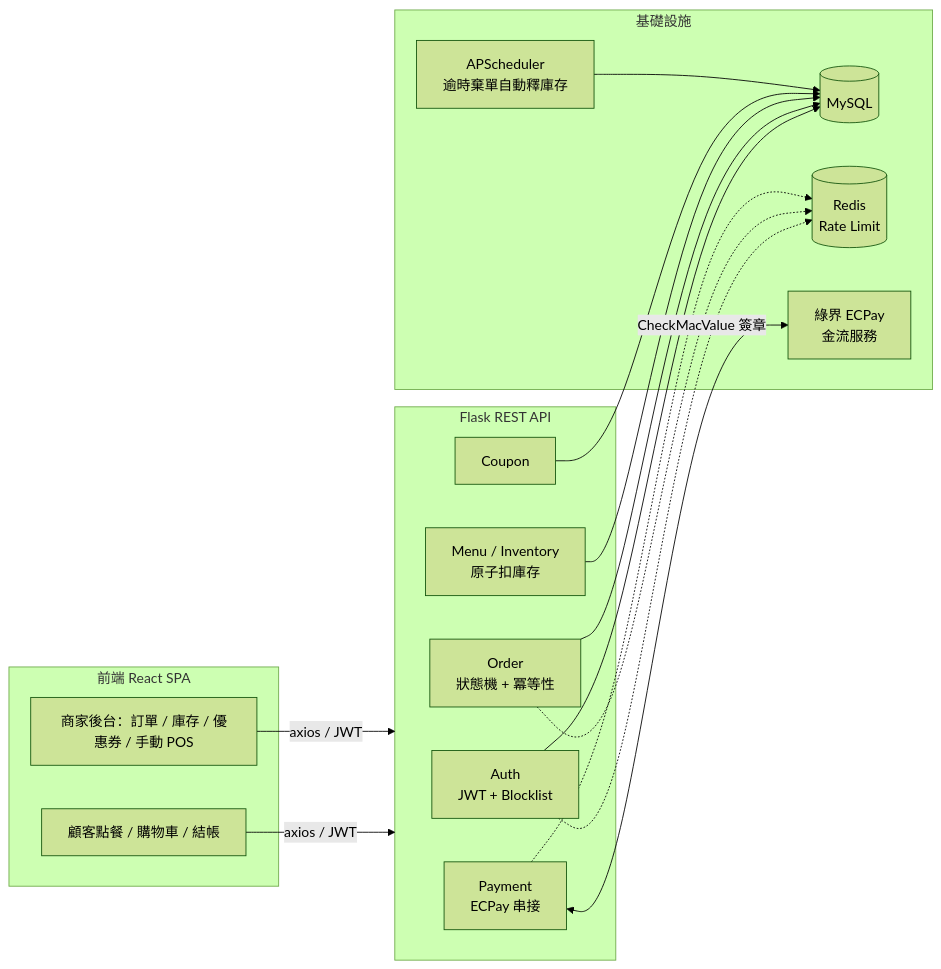
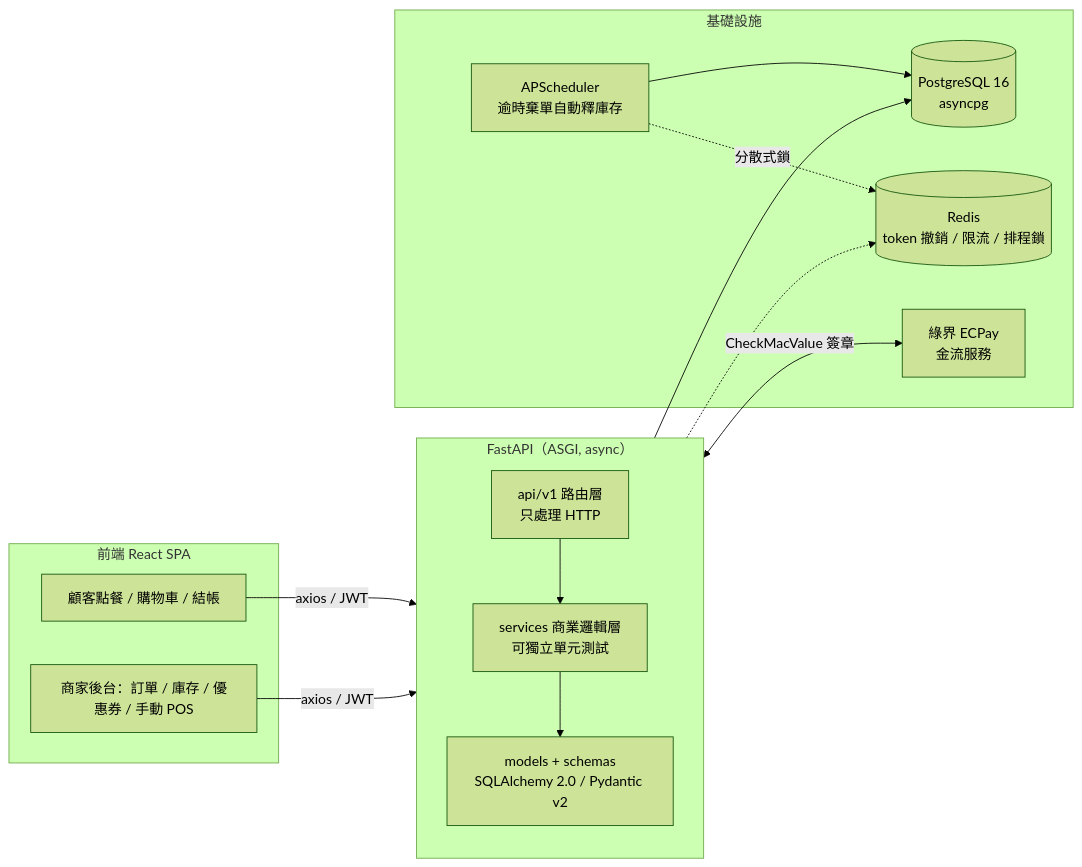
One commit to RaymondJhao/online-ordering-system-fastapi changed the first of 2 diagrams in README.md. Above: the diagram before and after it, drawn with Mermaid (forest theme). The commit also changed other lines of this file and 33 other files, not shown here.

````diff
--- a/README.md
+++ b/README.md
@@ -46,29 +57,30 @@
 ```mermaid
 flowchart LR
     subgraph Client["前端 React SPA"]
         A1[顧客點餐 / 購物車 / 結帳]
         A2[商家後台：訂單 / 庫存 / 優惠券 / 手動 POS]
     end
 
-    subgraph API["Flask REST API"]
-        B1[Auth<br/>JWT + Blocklist]
-        B2[Order<br/>狀態機 + 冪等性]
-        B3[Menu / Inventory<br/>原子扣庫存]
-        B4[Coupon]
-        B5[Payment<br/>ECPay 串接]
+    subgraph API["FastAPI（ASGI, async）"]
+        direction TB
+        R[api/v1 路由層<br/>只處理 HTTP]
+        S[services 商業邏輯層<br/>可獨立單元測試]
+        M[models + schemas<br/>SQLAlchemy 2.0 / Pydantic v2]
+        R --> S --> M
     end
 
     subgraph Infra["基礎設施"]
-        C1[(MySQL)]
-        C2[(Redis<br/>Rate Limit)]
+        C1[(PostgreSQL 16<br/>asyncpg)]
+        C2[(Redis<br/>token 撤銷 / 限流 / 排程鎖)]
         C3[APScheduler<br/>逾時棄單自動釋庫存]
         C4[綠界 ECPay<br/>金流服務]
     end
 
     A1 -->|axios / JWT| API
     A2 -->|axios / JWT| API
-    B1 & B2 & B3 & B4 --> C1
-    B1 & B2 & B5 -.-> C2
-    B5 <-->|CheckMacValue 簽章| C4
+    M --> C1
+    S -.-> C2
+    S <-->|CheckMacValue 簽章| C4
     C3 --> C1
+    C3 -.->|分散式鎖| C2
 ```
````
